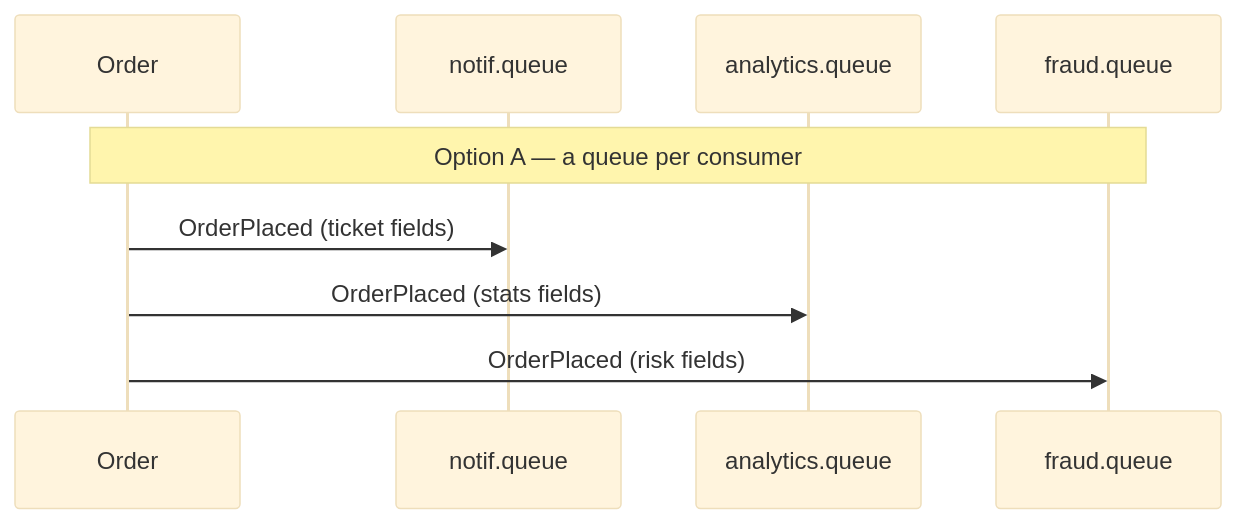
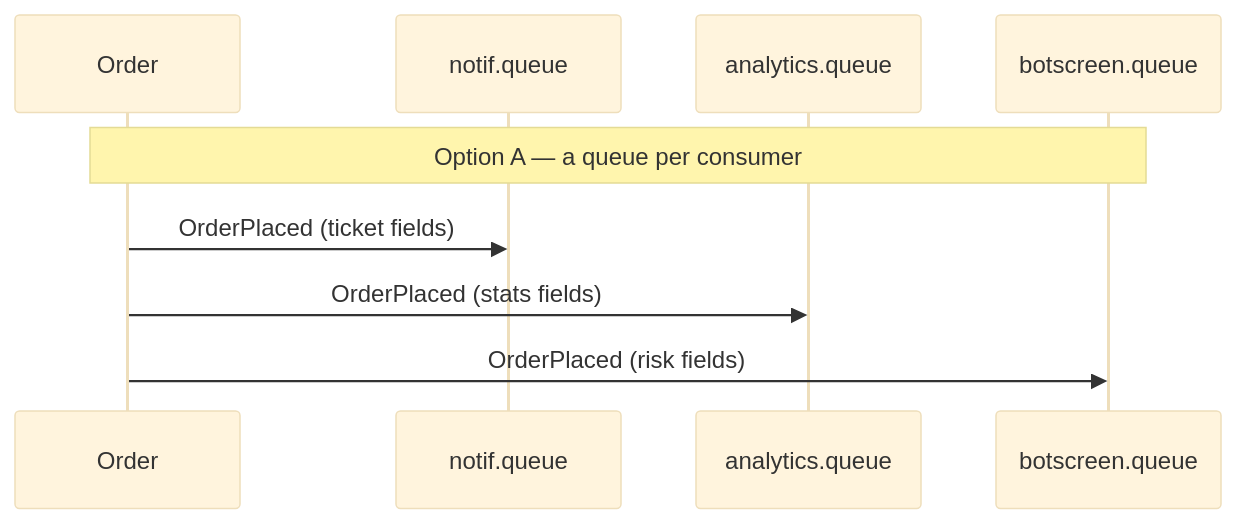
Before and after one commit to oleksiyp/arch-book: the fourth of 23 diagrams in README.md, drawn with Mermaid (base theme). The commit also changed other lines of this file, not shown here.

```diff
--- a/README.md
+++ b/README.md
@@ -324,11 +331,11 @@
 <pre class="mermaid">
 sequenceDiagram
     participant O as Order
     participant Q1 as notif.queue
     participant Q2 as analytics.queue
-    participant Q3 as fraud.queue
+    participant Q3 as botscreen.queue
     Note over O,Q3: Option A — a queue per consumer
     O->>Q1: OrderPlaced (ticket fields)
     O->>Q2: OrderPlaced (stats fields)
     O->>Q3: OrderPlaced (risk fields)
 </pre>
```
